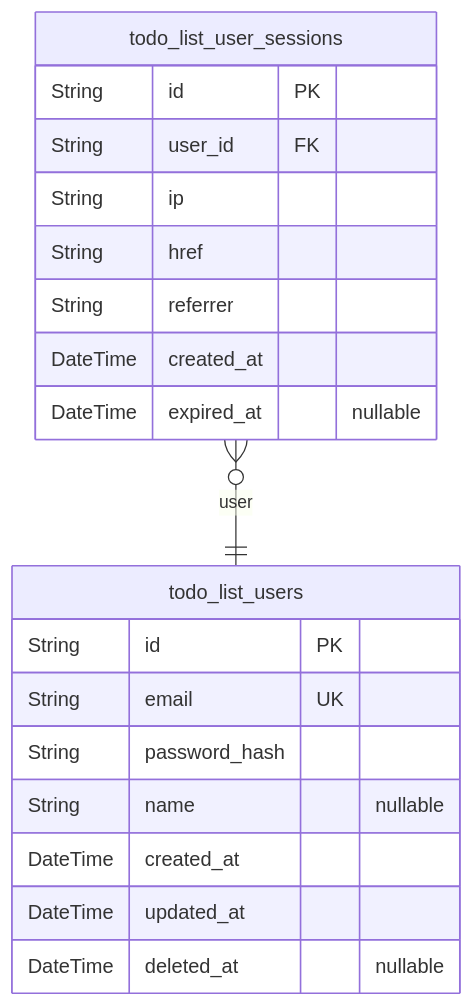
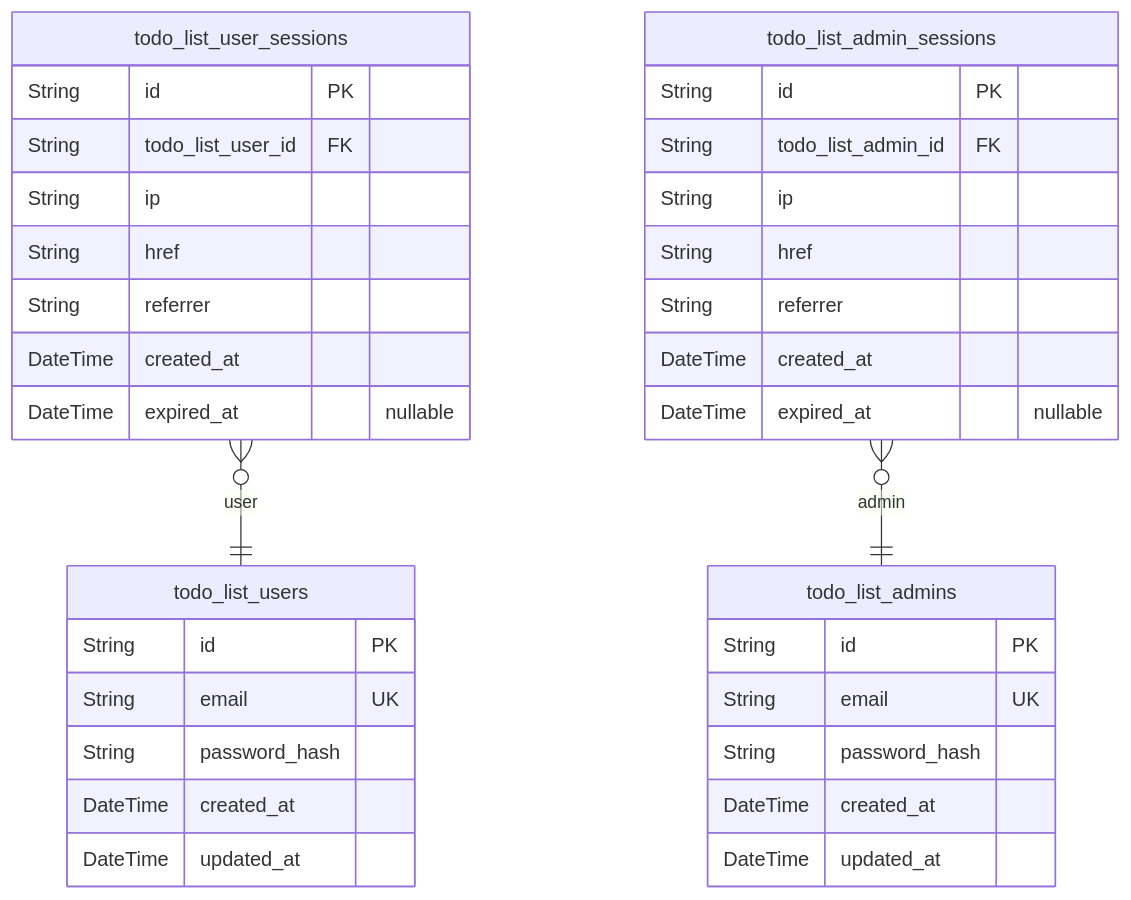
One commit to wrtnlabs/autobe-examples changed the first of 2 diagrams in anthropic/claude-sonnet-4.5/todo/docs/ERD.md. Above: the diagram before and after it, drawn with Mermaid. The commit also changed other lines of this file and 8017 other files, not shown here.

````diff
--- a/anthropic/claude-sonnet-4.5/todo/docs/ERD.md
+++ b/anthropic/claude-sonnet-4.5/todo/docs/ERD.md
@@ -11,22 +10,37 @@
 ```mermaid
 erDiagram
 "todo_list_users" {
   String id PK
   String email UK
   String password_hash
-  String name "nullable"
   DateTime created_at
   DateTime updated_at
-  DateTime deleted_at "nullable"
 }
 "todo_list_user_sessions" {
   String id PK
-  String user_id FK
+  String todo_list_user_id FK
+  String ip
+  String href
+  String referrer
+  DateTime created_at
+  DateTime expired_at "nullable"
+}
+"todo_list_admins" {
+  String id PK
+  String email UK
+  String password_hash
+  DateTime created_at
+  DateTime updated_at
+}
+"todo_list_admin_sessions" {
+  String id PK
+  String todo_list_admin_id FK
   String ip
   String href
   String referrer
   DateTime created_at
   DateTime expired_at "nullable"
 }
 "todo_list_user_sessions" }o--|| "todo_list_users" : user
+"todo_list_admin_sessions" }o--|| "todo_list_admins" : admin
 ```
````
